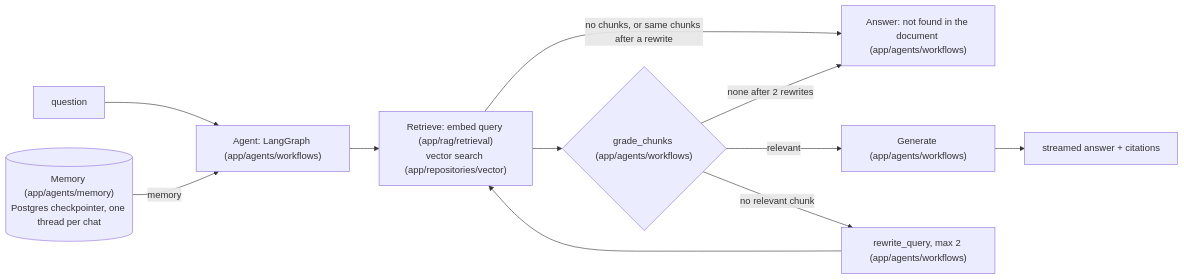
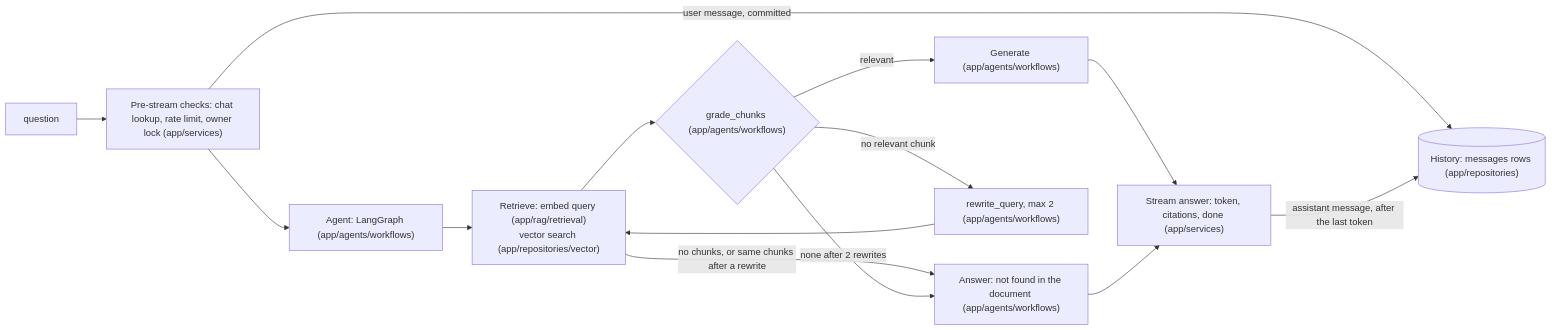
The fourth of 5 diagrams in docs/architecture/diagrams.md (JosephSuyam/ragidy), drawn with Mermaid before and after one commit. The commit also changed other lines of this file and 8 other files, not shown here.

Commit message:
docs(docs): add ADR 0008 for chat history

````diff
--- a/docs/architecture/diagrams.md
+++ b/docs/architecture/diagrams.md
@@ -103,13 +103,16 @@
 ```mermaid
 flowchart LR
-  q["question"] --> agent["Agent: LangGraph (app/agents/workflows)"]
-  mem[("Memory (app/agents/memory)<br/>Postgres checkpointer, one thread per chat")] -->|"memory"| agent
+  q["question"] --> checks["Pre-stream checks: chat lookup, rate limit, owner lock (app/services)"]
+  checks -->|"user message, committed"| hist[("History: messages rows (app/repositories)")]
+  checks --> agent["Agent: LangGraph (app/agents/workflows)"]
   agent --> retrieve["Retrieve: embed query (app/rag/retrieval)<br/>vector search (app/repositories/vector)"]
   retrieve --> grade{"grade_chunks (app/agents/workflows)"}
   retrieve -->|"no chunks, or same chunks after a rewrite"| notfound
   grade -->|"relevant"| generate["Generate (app/agents/workflows)"]
   grade -->|"no relevant chunk"| rewrite["rewrite_query, max 2 (app/agents/workflows)"]
   rewrite --> retrieve
   grade -->|"none after 2 rewrites"| notfound["Answer: not found in the document (app/agents/workflows)"]
-  generate --> out["streamed answer + citations"]
+  generate --> out["Stream answer: token, citations, done (app/services)"]
+  notfound --> out
+  out -->|"assistant message, after the last token"| hist
 ```
````
